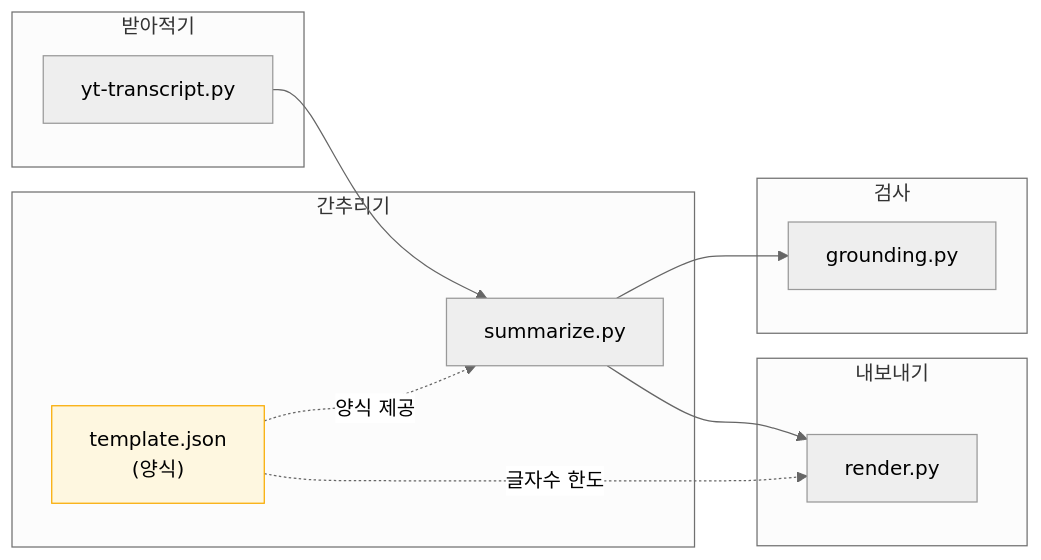
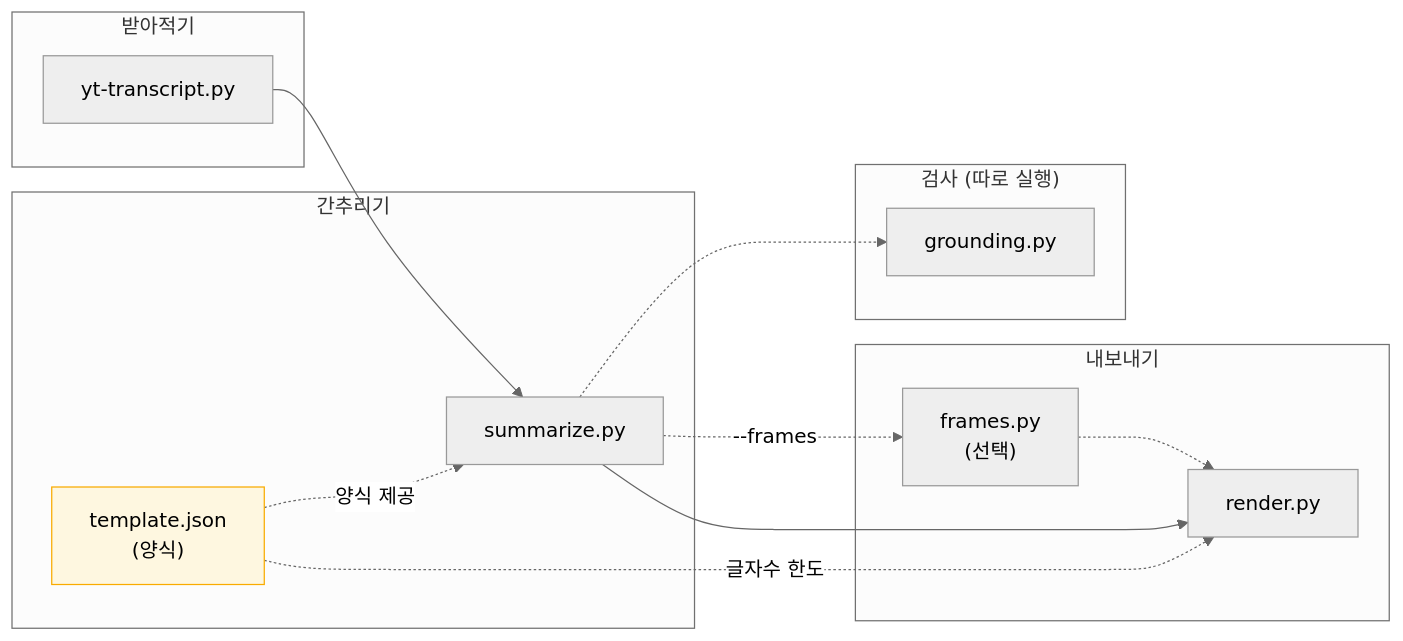
One commit to junh0328/youtube-transcript-extractor changed the fourth of 4 diagrams in architecture.md. Above: the diagram before and after it, drawn with Mermaid (neutral theme). The commit also changed other lines of this file and 14 other files, not shown here.

````diff
--- a/architecture.md
+++ b/architecture.md
@@ -209,23 +213,26 @@
 ```mermaid
 flowchart LR
     subgraph s1["받아적기"]
         Y["yt-transcript.py"]
     end
     subgraph s2["간추리기"]
         T["template.json<br/>(양식)"]
         S["summarize.py"]
     end
-    subgraph s3["검사"]
+    subgraph s3["검사 (따로 실행)"]
         G["grounding.py"]
     end
     subgraph s4["내보내기"]
+        P["frames.py<br/>(선택)"]
         R["render.py"]
     end
     Y --> S
-    S --> G
+    S -.-> G
+    S -.->|"--frames"| P
+    P -.-> R
     S --> R
     T -.->|"양식 제공"| S
     T -.->|"글자수 한도"| R
 
     style T fill:#fef7e0,stroke:#f9ab00
 ```
````
